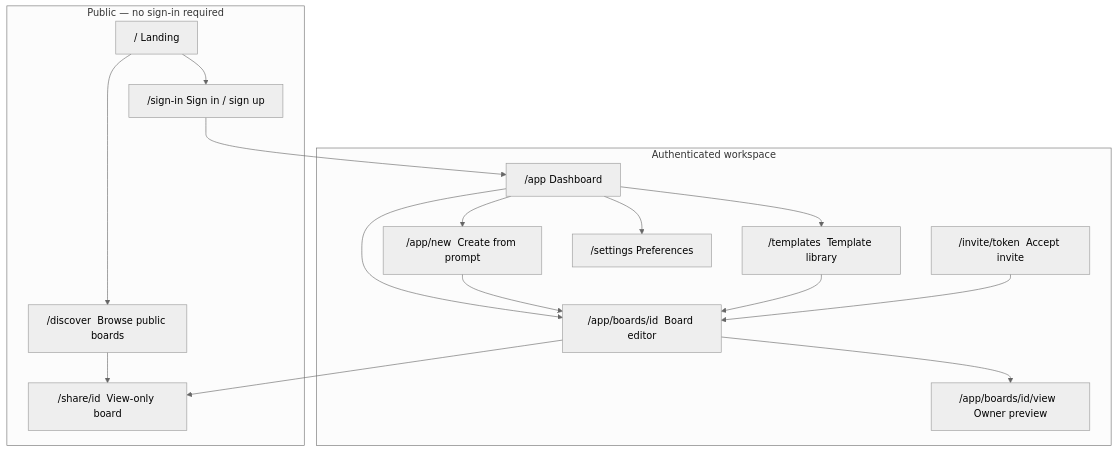
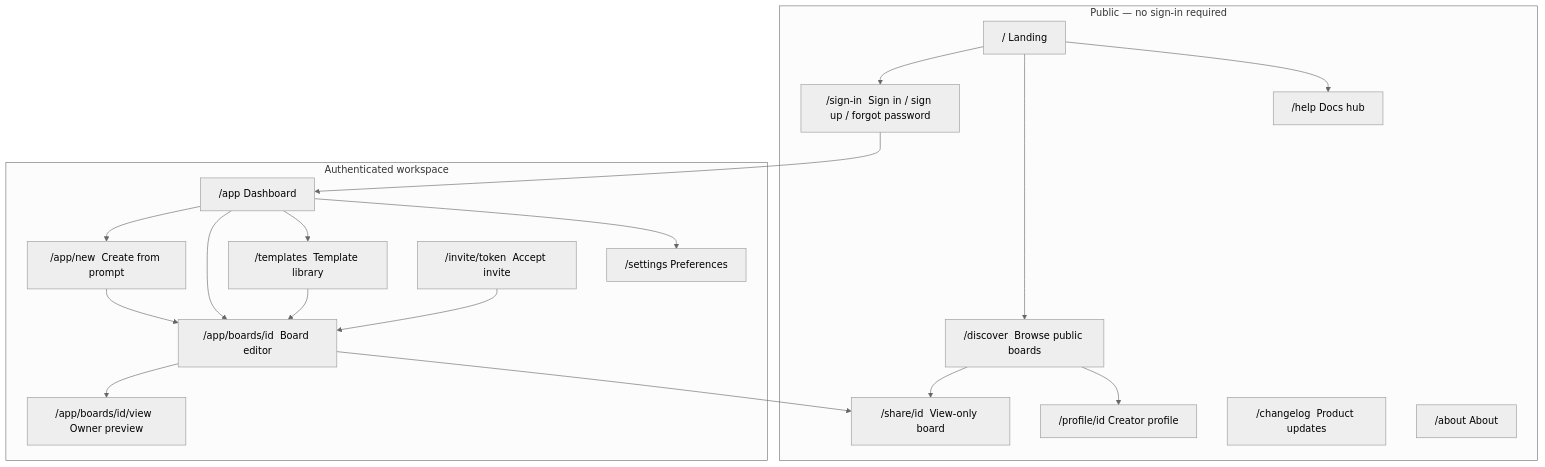
The second of 7 diagrams in README.md (NehangPatel23/Moodboard-AI), drawn with Mermaid (neutral theme) before and after one commit. The commit also changed other lines of this file and 16 other files, not shown here.

````diff
--- a/README.md
+++ b/README.md
@@ -160,33 +161,39 @@
 ```mermaid
 flowchart TB
   subgraph public ["Public — no sign-in required"]
     landing["/  Landing"]
     discover["/discover  Browse public boards"]
     share["/share/id  View-only board"]
-    signin["/sign-in  Sign in / sign up"]
+    profile["/profile/id  Creator profile"]
+    help["/help  Docs hub"]
+    changelog["/changelog  Product updates"]
+    about["/about  About"]
+    signin["/sign-in  Sign in / sign up / forgot password"]
   end
 
   subgraph app ["Authenticated workspace"]
     dashboard["/app  Dashboard"]
     newboard["/app/new  Create from prompt"]
     editor["/app/boards/id  Board editor"]
     preview["/app/boards/id/view  Owner preview"]
     templates["/templates  Template library"]
     settings["/settings  Preferences"]
     invite["/invite/token  Accept invite"]
   end
 
   landing --> signin
   landing --> discover
+  landing --> help
+  discover --> share
+  discover --> profile
   signin --> dashboard
   dashboard --> newboard
   dashboard --> editor
   dashboard --> templates
   dashboard --> settings
   newboard --> editor
   templates --> editor
   editor --> preview
   editor --> share
   invite --> editor
-  discover --> share
 ```
````
